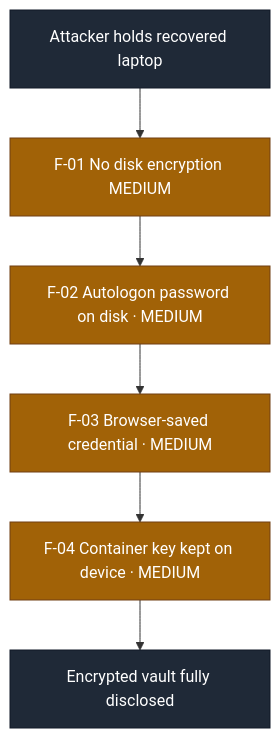
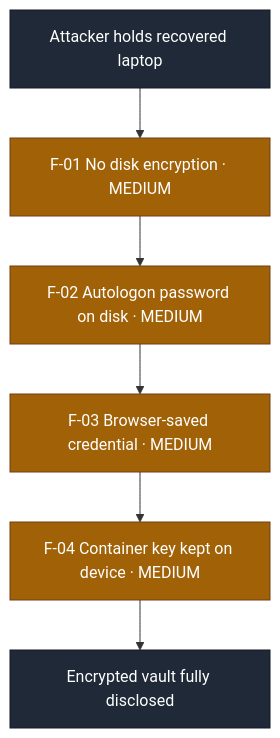
The first of 2 diagrams in reports/device-loss-data-at-rest-2026-08.md (ouroboros-white/cybersecurity-portfolio), drawn with Mermaid before and after one commit. The commit also changed other lines of this file and 7 other files, not shown here.

````diff
--- a/reports/device-loss-data-at-rest-2026-08.md
+++ b/reports/device-loss-data-at-rest-2026-08.md
@@ -62,12 +62,12 @@
 ```mermaid
 flowchart TD
-    S["Attacker holds recovered laptop"] --> F1["F-01 No disk encryption MEDIUM"]
+    S["Attacker holds recovered laptop"] --> F1["F-01 No disk encryption · MEDIUM"]
     F1 --> F2["F-02 Autologon password on disk · MEDIUM"]
     F2 --> F3["F-03 Browser-saved credential · MEDIUM"]
     F3 --> F4["F-04 Container key kept on device · MEDIUM"]
     F4 --> R["Encrypted vault fully disclosed"]
     classDef med fill:#a16207,stroke:#713f12,color:#ffffff;
     classDef term fill:#1f2937,stroke:#111827,color:#ffffff;
     class F1,F2,F3,F4 med;
     class S,R term;
 ```
````
